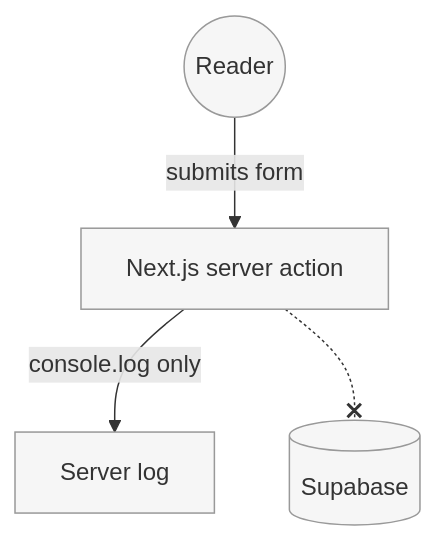
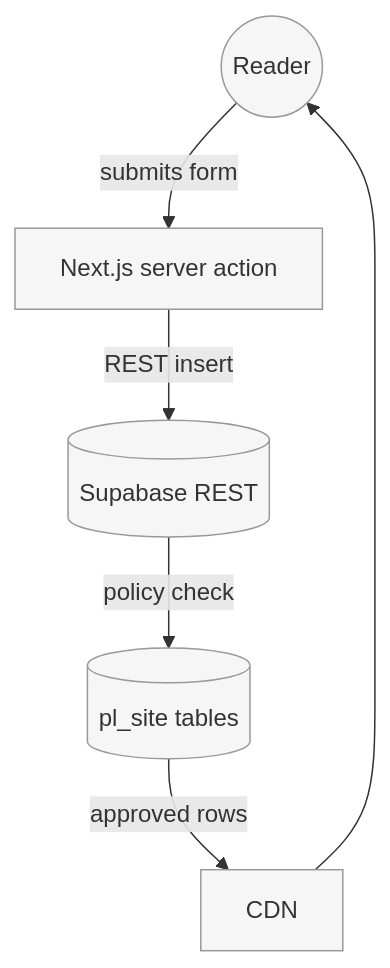
Before and after one commit to pau1a/plnext: the diagram in docs/data-layer/flow.md, drawn with Mermaid. The commit also changed other lines of this file and 41 other files, not shown here.

````diff
--- a/docs/data-layer/flow.md
+++ b/docs/data-layer/flow.md
@@ -30,8 +102,10 @@
 ```mermaid
 flowchart TD
     Reader((Reader)) -->|submits form| NextServer[Next.js server action]
-    NextServer -->|console.log only| Log[Server log]
-    NextServer -.-x Supabase[(Supabase)]
+    NextServer -->|REST insert| Supabase[(Supabase REST)]
+    Supabase -->|policy check| Storage[(pl_site tables)]
+    Storage -->|approved rows| CDN
+    CDN --> Reader
     classDef default fill:#f6f6f6,stroke:#999;
     class Supabase default;
 ```
````
